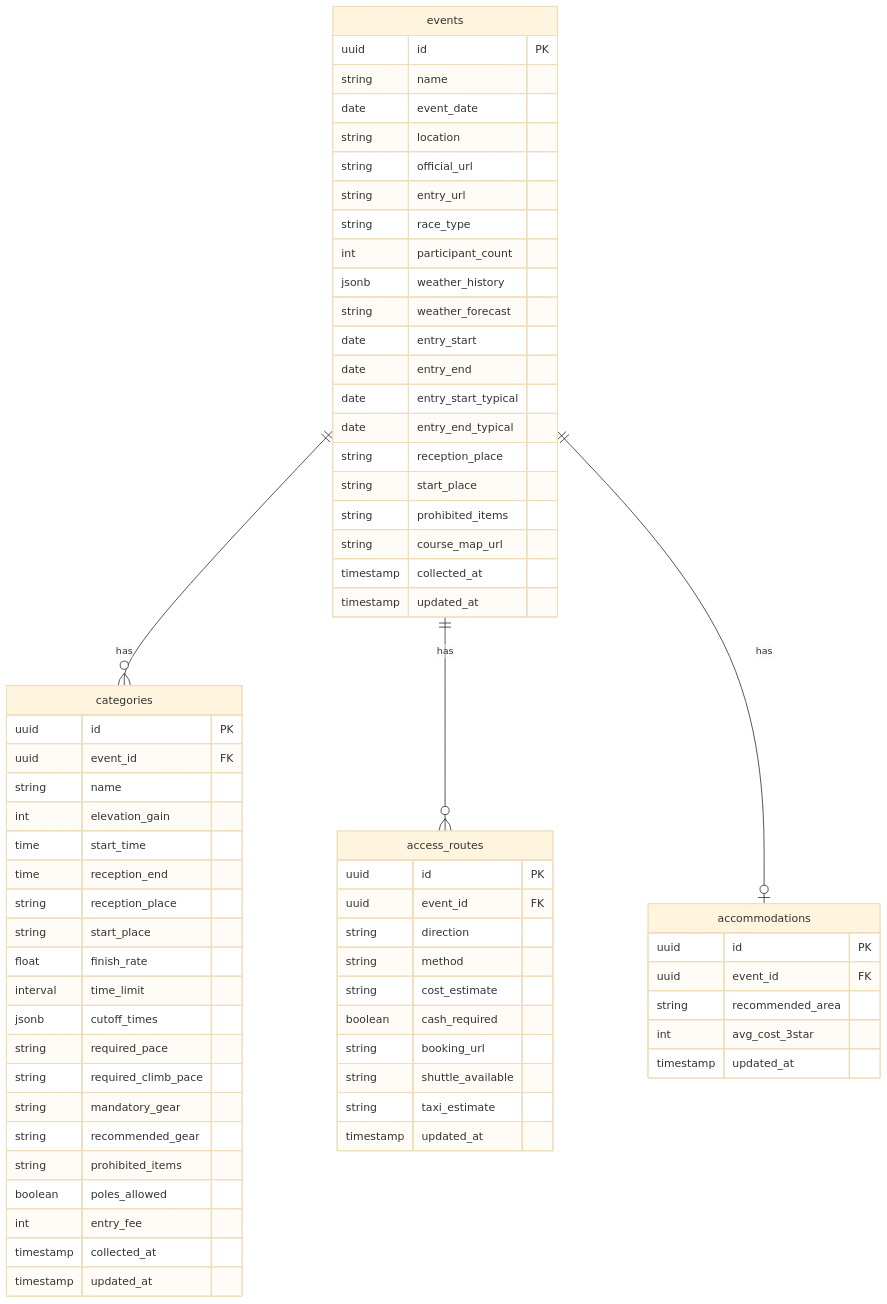
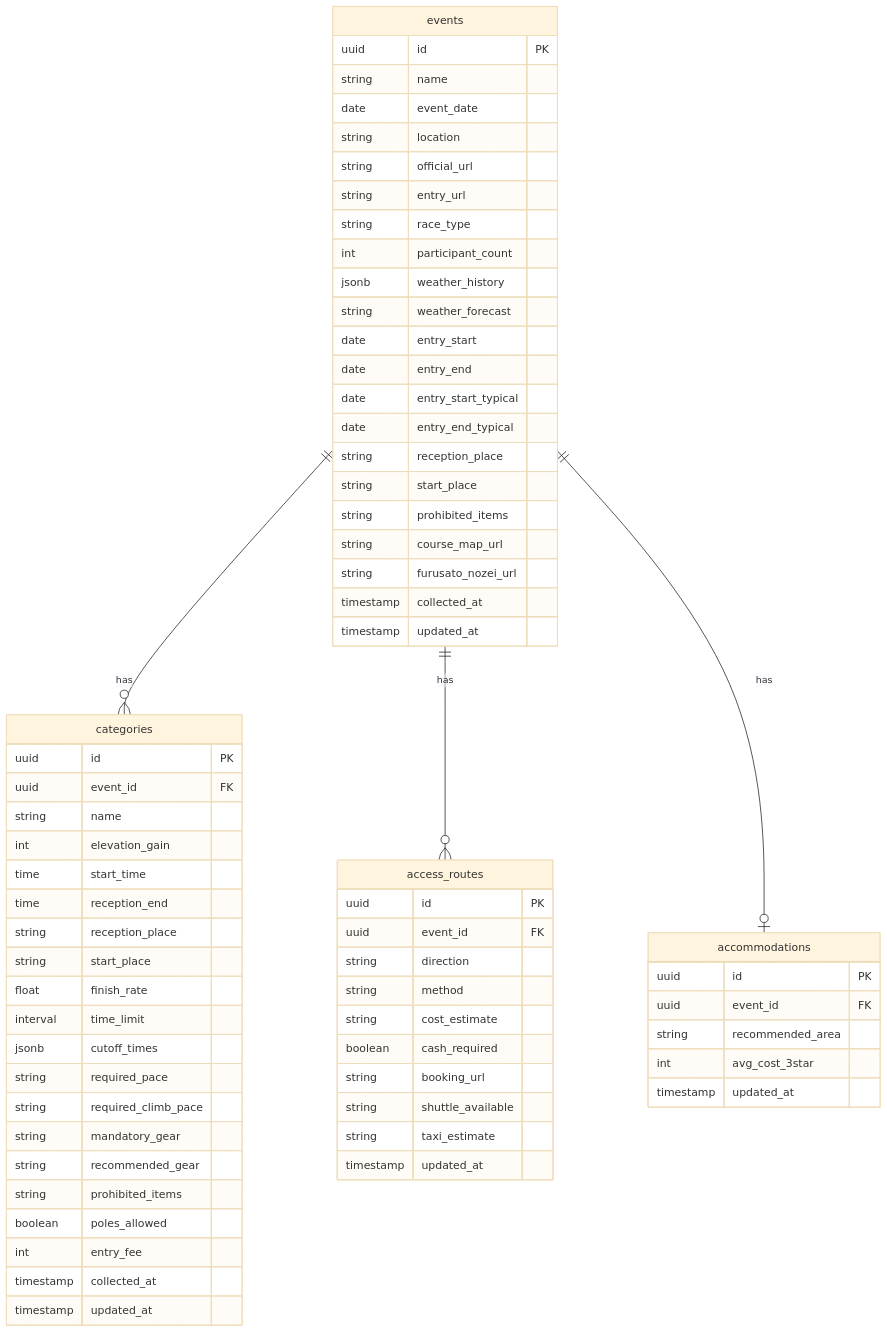
Before and after one commit to bokuno-studio/YabaiTravel: the first of 2 diagrams in docs/SPEC_DATA_STRUCTURE.md, drawn with Mermaid (base theme). The commit also changed 1 other file, not shown here.

Commit message:
docs: ふるさと納税申込リンクを項目に追加
Made-with: Cursor

````diff
--- a/docs/SPEC_DATA_STRUCTURE.md
+++ b/docs/SPEC_DATA_STRUCTURE.md
@@ -9,73 +9,74 @@
 ```mermaid
 erDiagram
     events ||--o{ categories : has
     events {
         uuid id PK
         string name
         date event_date
         string location
         string official_url
         string entry_url
         string race_type
         int participant_count
         jsonb weather_history
         string weather_forecast
         date entry_start
         date entry_end
         date entry_start_typical
         date entry_end_typical
         string reception_place
         string start_place
         string prohibited_items
         string course_map_url
+        string furusato_nozei_url
         timestamp collected_at
         timestamp updated_at
     }
     
     events ||--o{ access_routes : has
     categories {
         uuid id PK
         uuid event_id FK
         string name
         int elevation_gain
         time start_time
         time reception_end
         string reception_place
         string start_place
         float finish_rate
         interval time_limit
         jsonb cutoff_times
         string required_pace
         string required_climb_pace
         string mandatory_gear
         string recommended_gear
         string prohibited_items
         boolean poles_allowed
         int entry_fee
         timestamp collected_at
         timestamp updated_at
     }
     
     events ||--o| accommodations : has
     
     access_routes {
         uuid id PK
         uuid event_id FK
         string direction
         string method
         string cost_estimate
         boolean cash_required
         string booking_url
         string shuttle_available
         string taxi_estimate
         timestamp updated_at
     }
     
     accommodations {
         uuid id PK
         uuid event_id FK
         string recommended_area
         int avg_cost_3star
         timestamp updated_at
     }
 ```
````
